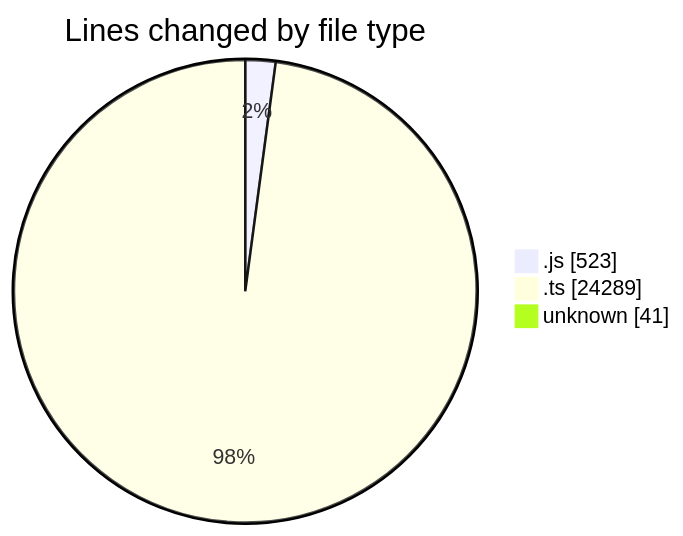
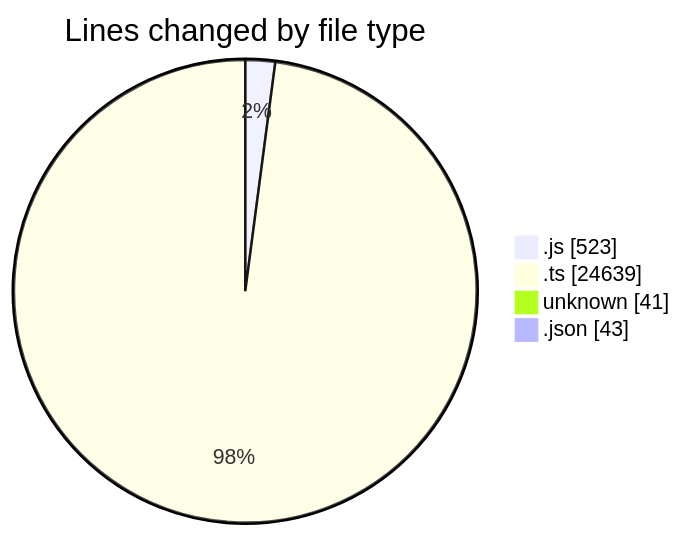
Before and after one commit to momahboobian/code-tracking: the first of 2 diagrams in 2025-08-15/cda/README.md, drawn with Mermaid. The commit also changed other lines of this file and 1 other file, not shown here.

````diff
--- a/2025-08-15/cda/README.md
+++ b/2025-08-15/cda/README.md
@@ -28,7 +30,8 @@
 ```mermaid
 pie showData
 title Lines changed by file type
 ".js" : 523
-".ts" : 24289
+".ts" : 24639
 "unknown" : 41
+".json" : 43
 ```
````
